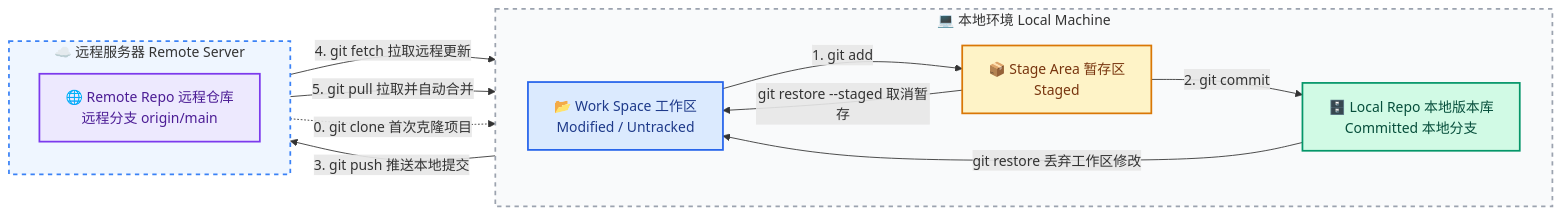
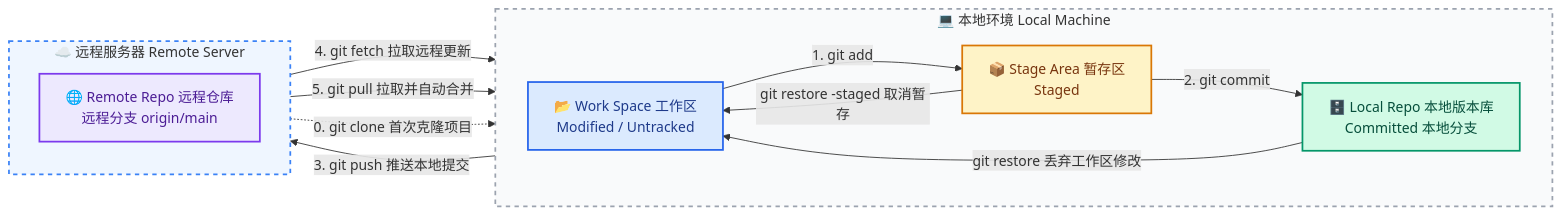
One commit to dmjcb/dmjcb.github.io changed the first of 23 diagrams in _posts/software/git/2024-09-24-git使用.md. Above: the diagram before and after it, drawn with Mermaid. The commit also changed other lines of this file, not shown here.

````diff
--- a/_posts/software/git/2024-09-24-git使用.md
+++ b/_posts/software/git/2024-09-24-git使用.md
@@ -16,44 +16,44 @@
 ```mermaid
 flowchart LR
     %% 样式定义
     classDef localBox fill:#f9fafb,stroke:#9ca3af,stroke-width:2px,stroke-dasharray: 5 5;
     classDef remoteBox fill:#eff6ff,stroke:#3b82f6,stroke-width:2px,stroke-dasharray: 5 5;
     
     classDef ws fill:#dbeafe,stroke:#2563eb,stroke-width:2px,color:#1e3a8a;
     classDef sa fill:#fef3c7,stroke:#d97706,stroke-width:2px,color:#78350f;
     classDef lr fill:#d1fae5,stroke:#059669,stroke-width:2px,color:#064e3b;
     classDef rr fill:#ede9fe,stroke:#7c3aed,stroke-width:2px,color:#4c1d95;
 
     subgraph Local_Machine ["💻 本地环境 Local Machine"]
         direction LR
         WS["📂 Work Space 工作区\nModified / Untracked"]
         SA["📦 Stage Area 暂存区\nStaged"]
         LR_Node["🗄️ Local Repo 本地版本库\nCommitted 本地分支"]
         
         WS -- "1. git add" --> SA
         SA -- "2. git commit" --> LR_Node
         LR_Node -- "git restore 丢弃工作区修改" --> WS
-        SA -- "git restore --staged 取消暂存" --> WS
+        SA -- "git restore -staged 取消暂存" --> WS
     end
 
     subgraph Remote_Server ["☁️ 远程服务器 Remote Server"]
         direction TB
         RR["🌐 Remote Repo 远程仓库\n远程分支 origin/main"]
     end
 
     %% 跨环境交互
     LR_Node -- "3. git push 推送本地提交" --> RR
     RR -- "4. git fetch 拉取远程更新" --> LR_Node
     RR -- "5. git pull 拉取并自动合并" --> WS
     
     RR -. "0. git clone 首次克隆项目" .-> WS
 
     %% 应用样式
     class Local_Machine localBox;
     class Remote_Server remoteBox;
     class WS ws;
     class SA sa;
     class LR_Node lr;
     class RR rr;
 
 ```
````
